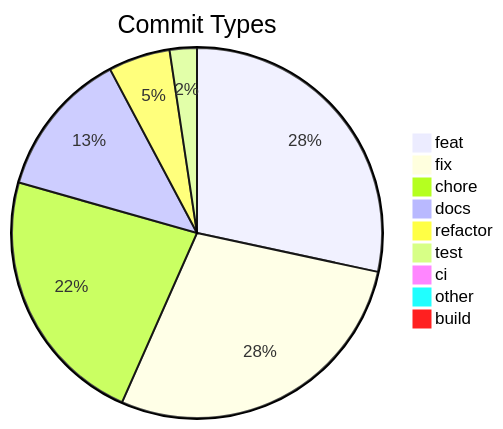
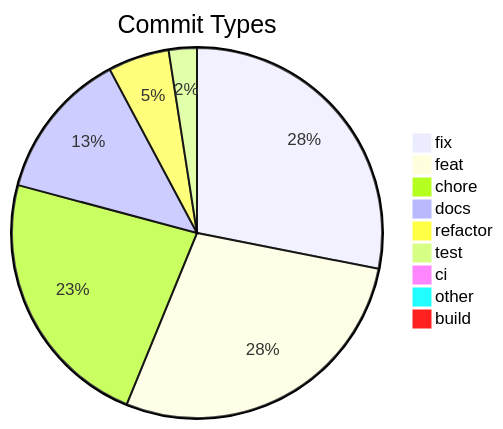
The diagram in .shipwright/compliance/change-history.md (svenroth-ai/shipwright), drawn with Mermaid before and after one commit. The commit also changed other lines of this file and 29 other files, not shown here.

````diff
--- a/.shipwright/compliance/change-history.md
+++ b/.shipwright/compliance/change-history.md
@@ -8,12 +8,12 @@
 ```mermaid
 pie title Commit Types
+    "fix" : 263
     "feat" : 263
-    "fix" : 262
-    "chore" : 211
-    "docs" : 119
+    "chore" : 215
+    "docs" : 122
     "refactor" : 50
-    "test" : 22
+    "test" : 23
     "ci" : 7
     "other" : 7
     "build" : 1
 ```
````
